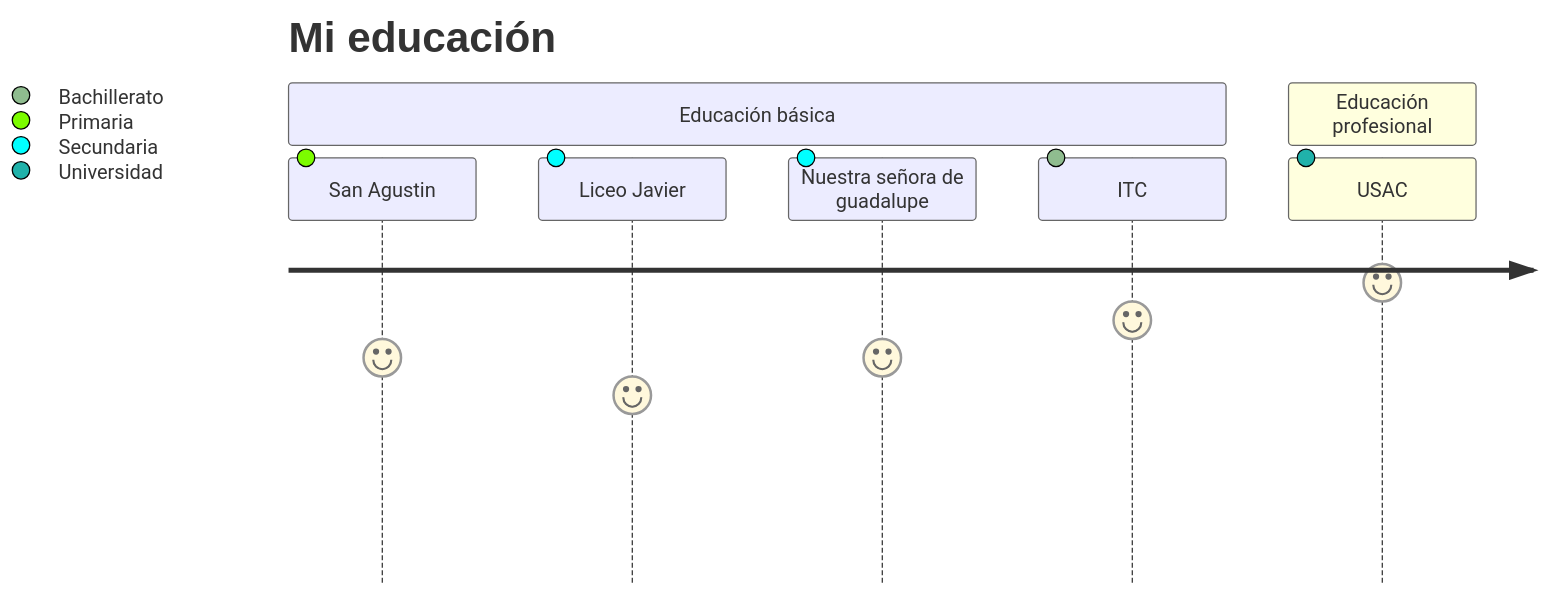
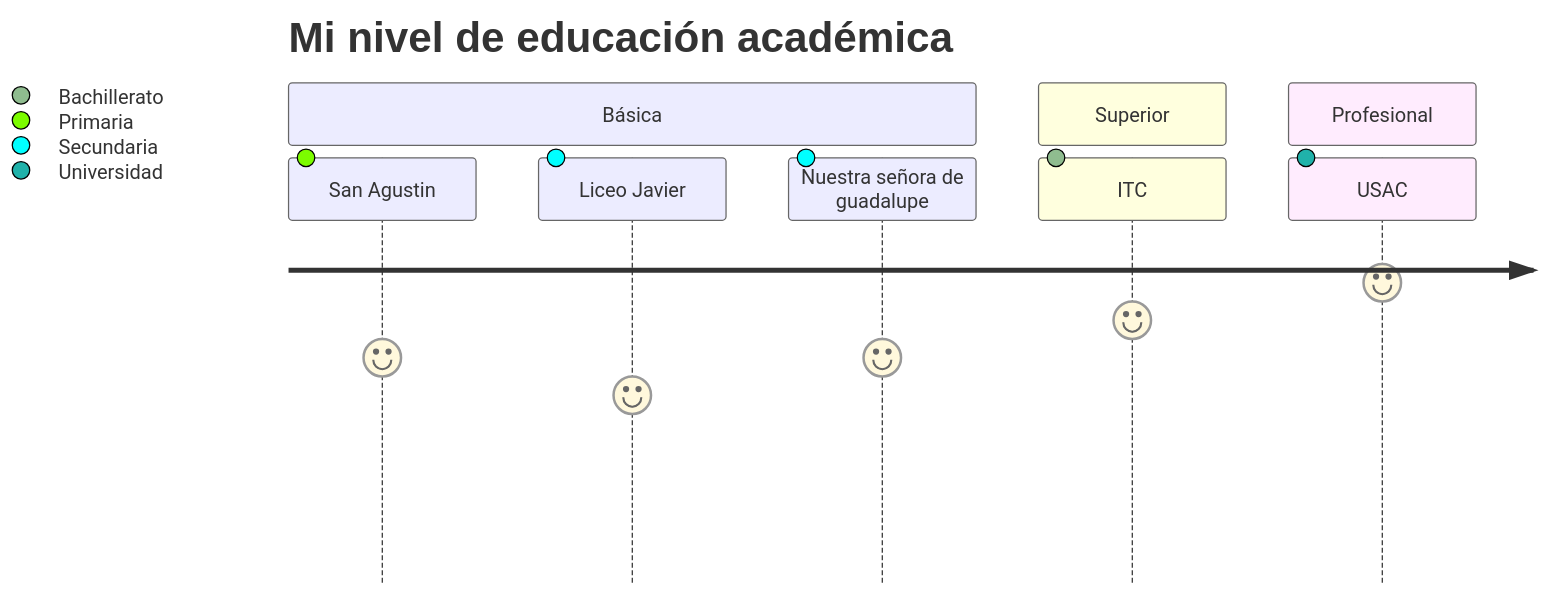
Before and after one commit to Bluevipe21/bluevipe21.github.io: the diagram in generic.md, drawn with Mermaid.

````diff
--- a/generic.md
+++ b/generic.md
@@ -25,11 +25,12 @@
 ```mermaid
 journey
-    title Mi educación
-    section Educación básica
+    title Mi nivel de educación académica
+    section Básica
       San Agustin: 6: Primaria
       Liceo Javier: 5: Secundaria
       Nuestra señora de guadalupe: 6: Secundaria
+    section Superior
       ITC: 7: Bachillerato
-    section Educación profesional
+    section Profesional
       USAC: 8: Universidad
 ```
````
